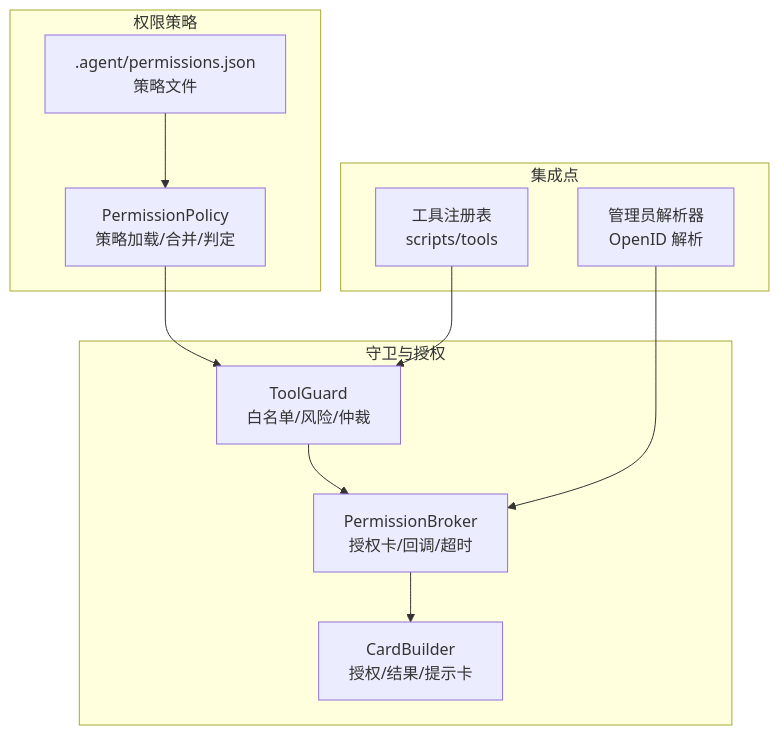
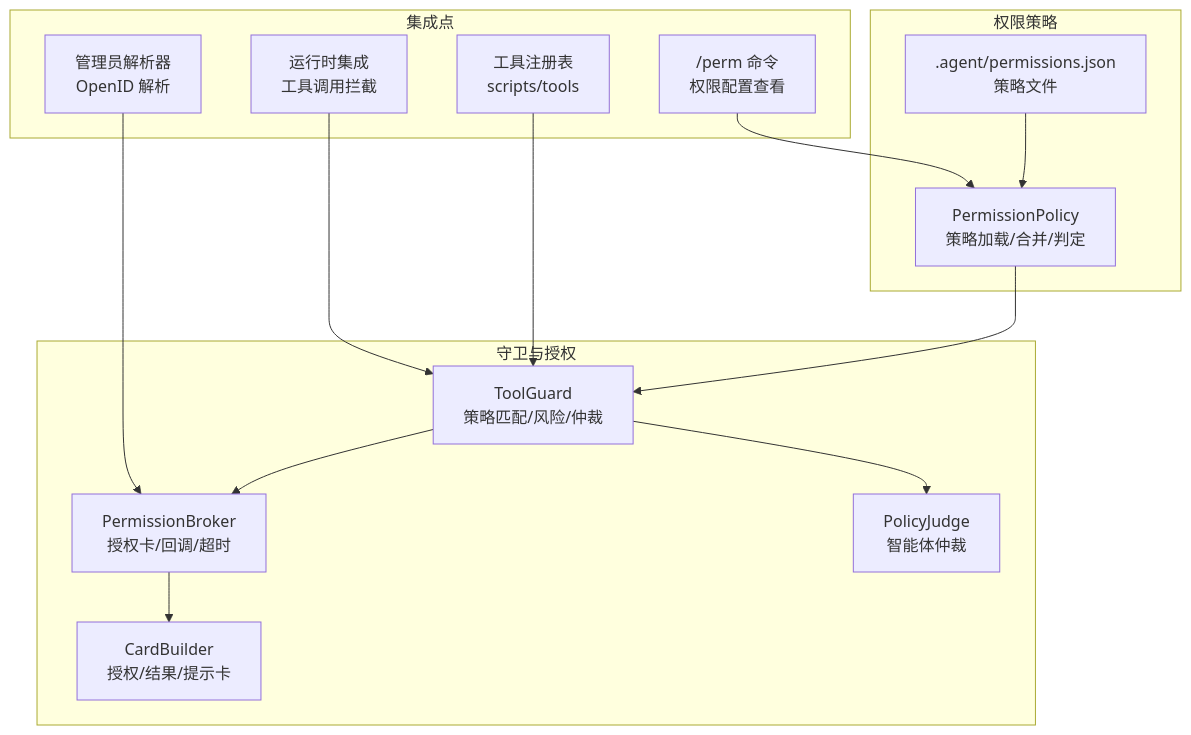
Before and after one commit to HeXiaoShu520/feishu-pi: the first of 6 diagrams in .qoder/repowiki/zh/content/权限控制系统/权限控制系统.md, drawn with Mermaid. The commit also changed other lines of this file and 47 other files, not shown here.

````diff
--- a/.qoder/repowiki/zh/content/权限控制系统/权限控制系统.md
+++ b/.qoder/repowiki/zh/content/权限控制系统/权限控制系统.md
@@ -51,22 +64,28 @@
 ```mermaid
 graph TB
 subgraph "权限策略"
 P["PermissionPolicy<br/>策略加载/合并/判定"]
 PF[".agent/permissions.json<br/>策略文件"]
 end
 subgraph "守卫与授权"
-G["ToolGuard<br/>白名单/风险/仲裁"]
+G["ToolGuard<br/>策略匹配/风险/仲裁"]
 B["PermissionBroker<br/>授权卡/回调/超时"]
 C["CardBuilder<br/>授权/结果/提示卡"]
+J["PolicyJudge<br/>智能体仲裁"]
 end
 subgraph "集成点"
 R["工具注册表<br/>scripts/tools"]
 A["管理员解析器<br/>OpenID 解析"]
+CMD["/perm 命令<br/>权限配置查看"]
+RT["运行时集成<br/>工具调用拦截"]
 end
 PF --> P
 P --> G
+G --> J
 G --> B
 B --> C
 R --> G
 A --> B
+CMD --> P
+RT --> G
 ```
````
